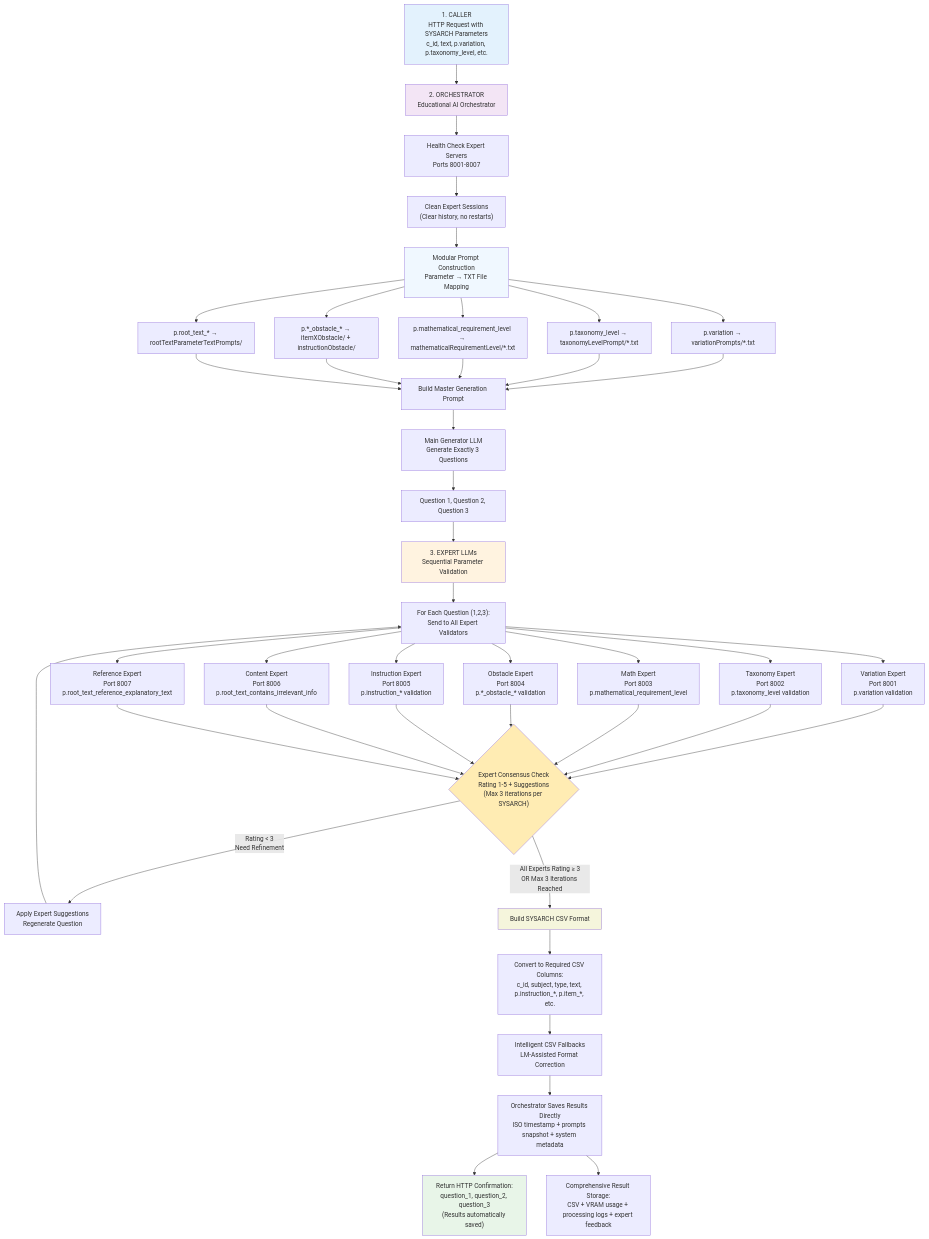
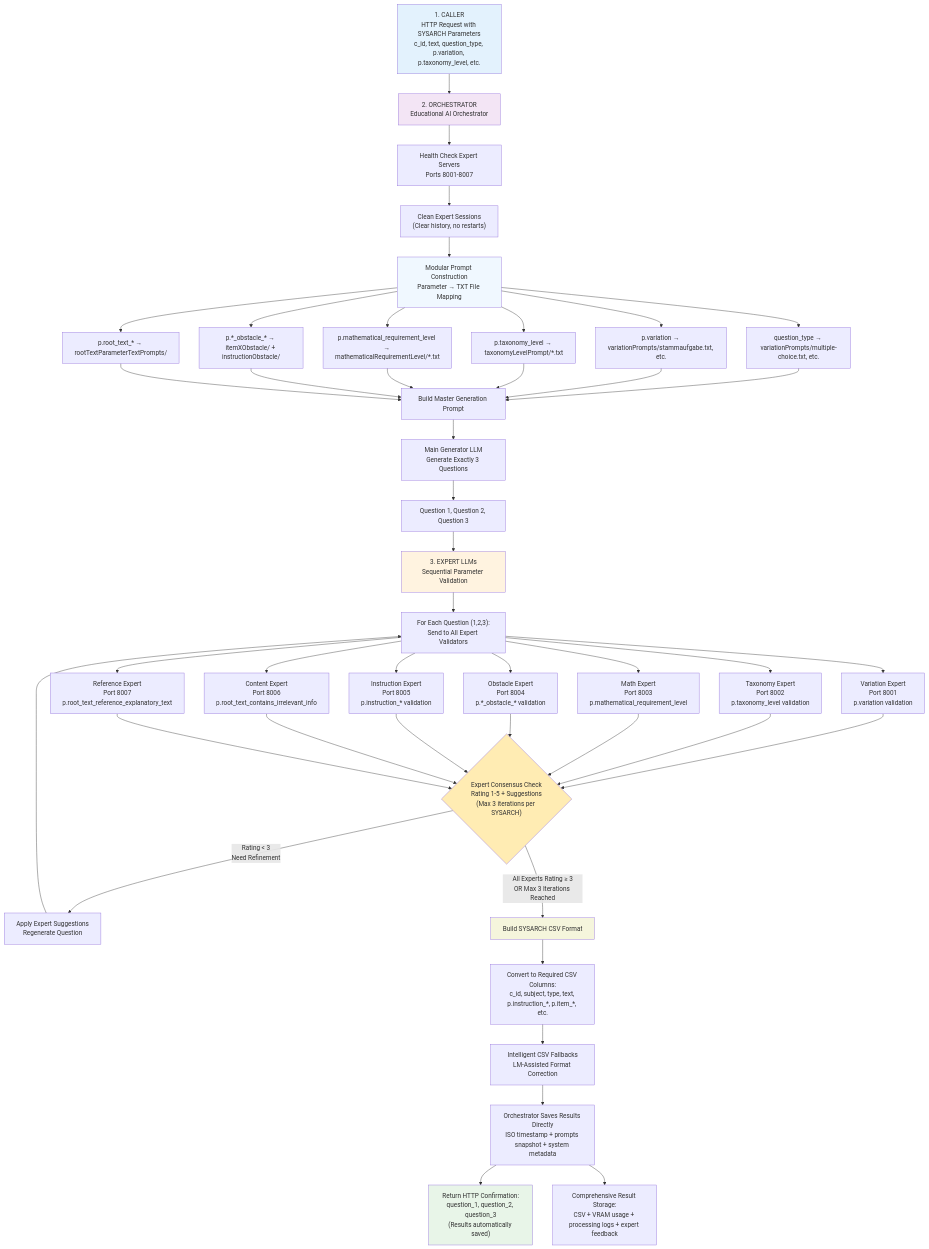
The diagram in README.md (mklemmingen/ALEE), drawn with Mermaid before and after one commit. The commit also changed other lines of this file and 19 other files, not shown here.

Commit message:
Add question type parameter and related prompts for educational AI orchestrator; introduce new difficulty level files and update documentation

````diff
--- a/README.md
+++ b/README.md
@@ -18,62 +18,64 @@
 ```mermaid
 graph TD
-    A["1. CALLER<br/>HTTP Request with SYSARCH Parameters<br/>c_id, text, p.variation, p.taxonomy_level, etc."] --> B["2. ORCHESTRATOR<br/>Educational AI Orchestrator"]
+    A["1. CALLER<br/>HTTP Request with SYSARCH Parameters<br/>c_id, text, question_type, p.variation, p.taxonomy_level, etc."] --> B["2. ORCHESTRATOR<br/>Educational AI Orchestrator"]
     
     B --> B1["Health Check Expert Servers<br/>Ports 8001-8007"]
     B1 --> B2["Clean Expert Sessions<br/>(Clear history, no restarts)"]
     B2 --> B3["Modular Prompt Construction<br/>Parameter → TXT File Mapping"]
     
-    B3 --> B3A["p.variation → variationPrompts/*.txt"]
+    B3 --> B3A["question_type → variationPrompts/multiple-choice.txt, etc."]
+    B3 --> B3AA["p.variation → variationPrompts/stammaufgabe.txt, etc."]
     B3 --> B3B["p.taxonomy_level → taxonomyLevelPrompt/*.txt"]  
     B3 --> B3C["p.mathematical_requirement_level → mathematicalRequirementLevel/*.txt"]
     B3 --> B3D["p.*_obstacle_* → itemXObstacle/ + instructionObstacle/"]
     B3 --> B3E["p.root_text_* → rootTextParameterTextPrompts/"]
     
     B3A --> B4["Build Master Generation Prompt"]
+    B3AA --> B4
     B3B --> B4
     B3C --> B4
     B3D --> B4
     B3E --> B4
     
     B4 --> B5["Main Generator LLM<br/>Generate Exactly 3 Questions"]
     B5 --> B6["Question 1, Question 2, Question 3"]
     
     B6 --> C["3. EXPERT LLMs<br/>Sequential Parameter Validation"]
     
     C --> C1["For Each Question (1,2,3):<br/>Send to All Expert Validators"]
     
     C1 --> D["Variation Expert<br/>Port 8001<br/>p.variation validation"]
     C1 --> E["Taxonomy Expert<br/>Port 8002<br/>p.taxonomy_level validation"] 
     C1 --> F["Math Expert<br/>Port 8003<br/>p.mathematical_requirement_level"]
     C1 --> G["Obstacle Expert<br/>Port 8004<br/>p.*_obstacle_* validation"]
     C1 --> H["Instruction Expert<br/>Port 8005<br/>p.instruction_* validation"]
     C1 --> I["Content Expert<br/>Port 8006<br/>p.root_text_contains_irrelevant_info"]
     C1 --> J["Reference Expert<br/>Port 8007<br/>p.root_text_reference_explanatory_text"]
     
     D --> K{"Expert Consensus Check<br/>Rating 1-5 + Suggestions<br/>(Max 3 iterations per SYSARCH)"}
     E --> K
     F --> K
     G --> K
     H --> K
     I --> K
     J --> K
     
     K -->|"Rating < 3<br/>Need Refinement"| L["Apply Expert Suggestions<br/>Regenerate Question"]
     L --> C1
     K -->|"All Experts Rating ≥ 3<br/>OR Max 3 Iterations Reached"| M["Build SYSARCH CSV Format"]
     
     M --> M1["Convert to Required CSV Columns:<br/>c_id, subject, type, text, p.instruction_*, p.item_*, etc."]
     M1 --> M2["Intelligent CSV Fallbacks<br/>LM-Assisted Format Correction"]
     M2 --> M3["Orchestrator Saves Results Directly<br/>ISO timestamp + prompts snapshot + system metadata"]
     
     M3 --> N["Return HTTP Confirmation:<br/>question_1, question_2, question_3<br/>(Results automatically saved)"]
     M3 --> M4["Comprehensive Result Storage:<br/>CSV + VRAM usage + processing logs + expert feedback"]
     
     style A fill:#e3f2fd
     style B fill:#f3e5f5
     style C fill:#fff3e0
     style N fill:#e8f5e8
     style K fill:#ffecb3
     style B3 fill:#f0f8ff
     style M fill:#f5f5dc
 ```
````
